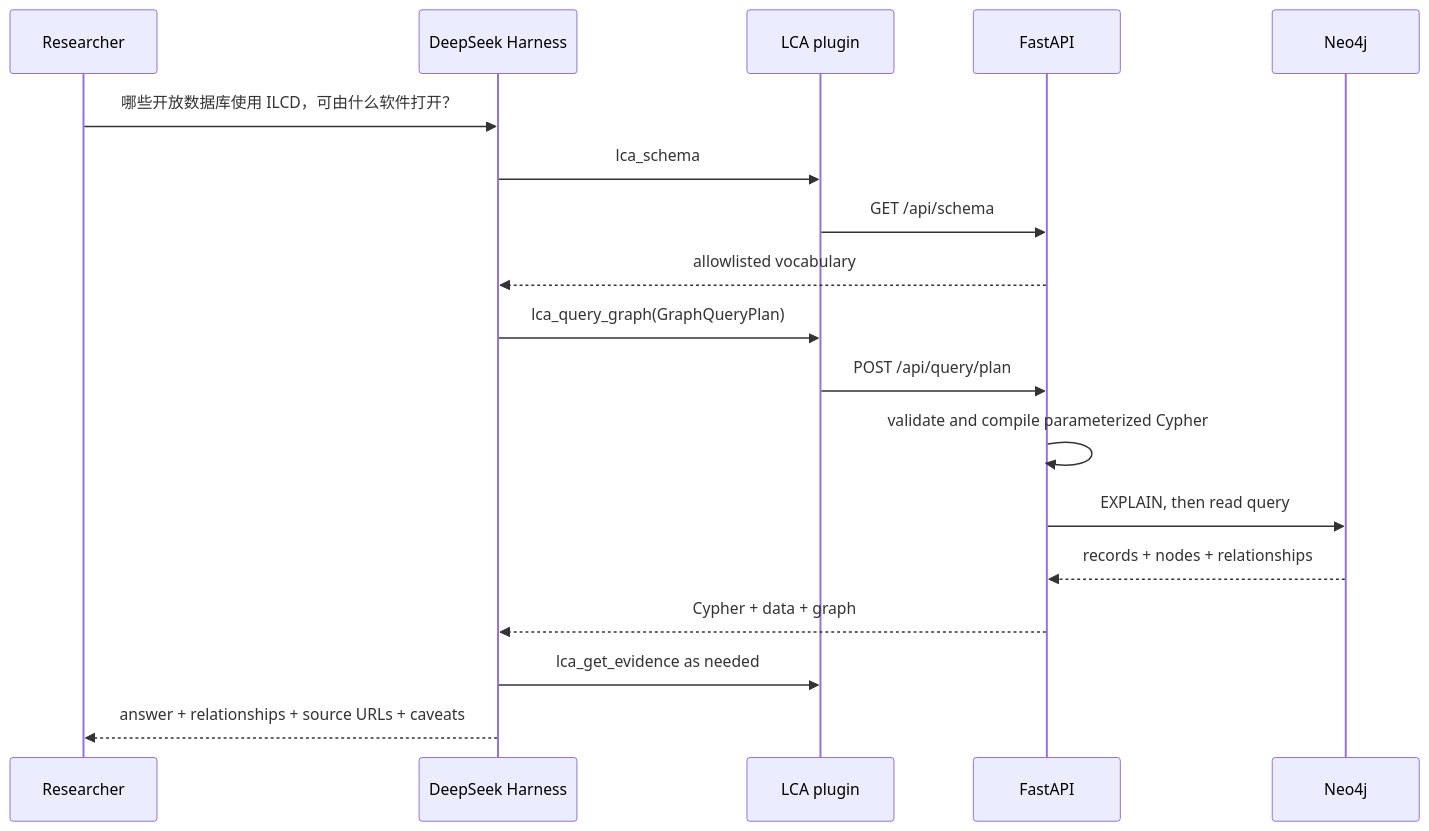
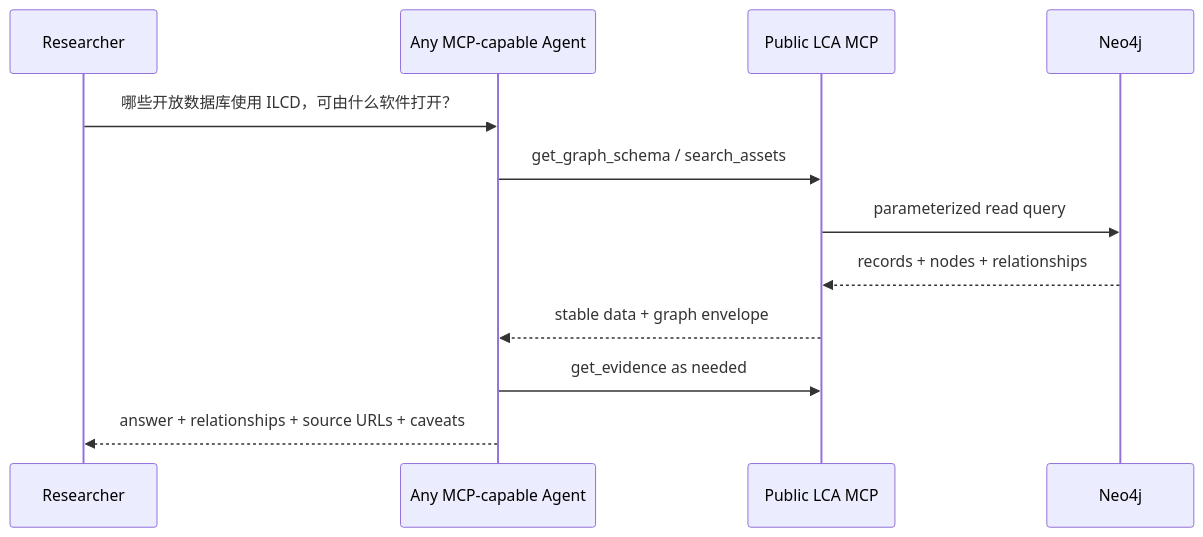
Before and after one commit to jianchuanqi/global-lca-asset: the third of 3 diagrams in docs/architecture.md, drawn with Mermaid. The commit also changed other lines of this file and 18 other files, not shown here.

````diff
--- a/docs/architecture.md
+++ b/docs/architecture.md
@@ -68,21 +70,15 @@
 ```mermaid
 sequenceDiagram
     participant U as Researcher
-    participant H as DeepSeek Harness
-    participant P as LCA plugin
-    participant A as FastAPI
+    participant H as Any MCP-capable Agent
+    participant M as Public LCA MCP
     participant N as Neo4j
 
     U->>H: 哪些开放数据库使用 ILCD，可由什么软件打开？
-    H->>P: lca_schema
-    P->>A: GET /api/schema
-    A-->>H: allowlisted vocabulary
-    H->>P: lca_query_graph(GraphQueryPlan)
-    P->>A: POST /api/query/plan
-    A->>A: validate and compile parameterized Cypher
-    A->>N: EXPLAIN, then read query
-    N-->>A: records + nodes + relationships
-    A-->>H: Cypher + data + graph
-    H->>P: lca_get_evidence as needed
+    H->>M: get_graph_schema / search_assets
+    M->>N: parameterized read query
+    N-->>M: records + nodes + relationships
+    M-->>H: stable data + graph envelope
+    H->>M: get_evidence as needed
     H-->>U: answer + relationships + source URLs + caveats
 ```
````
